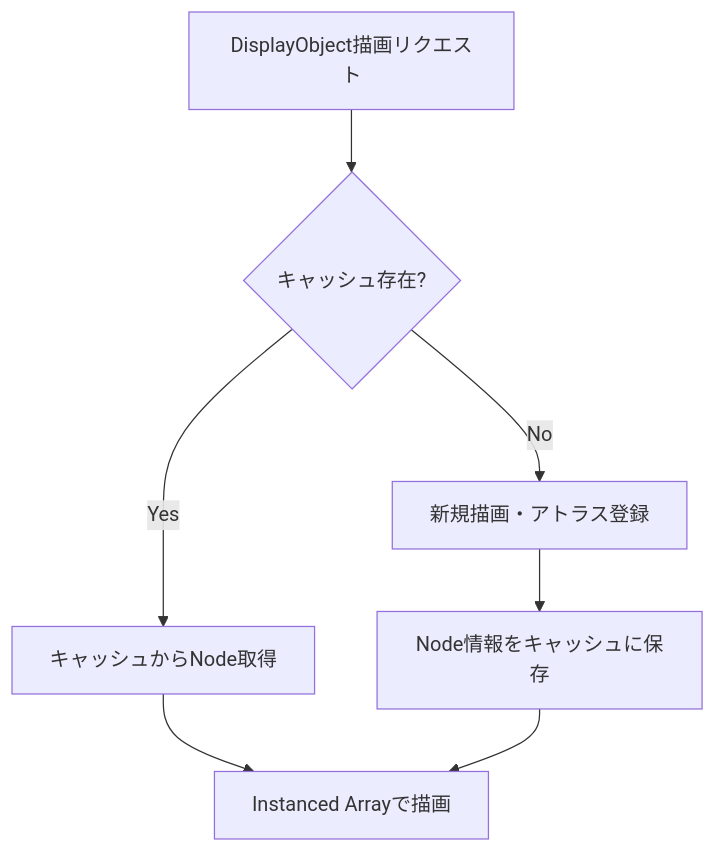
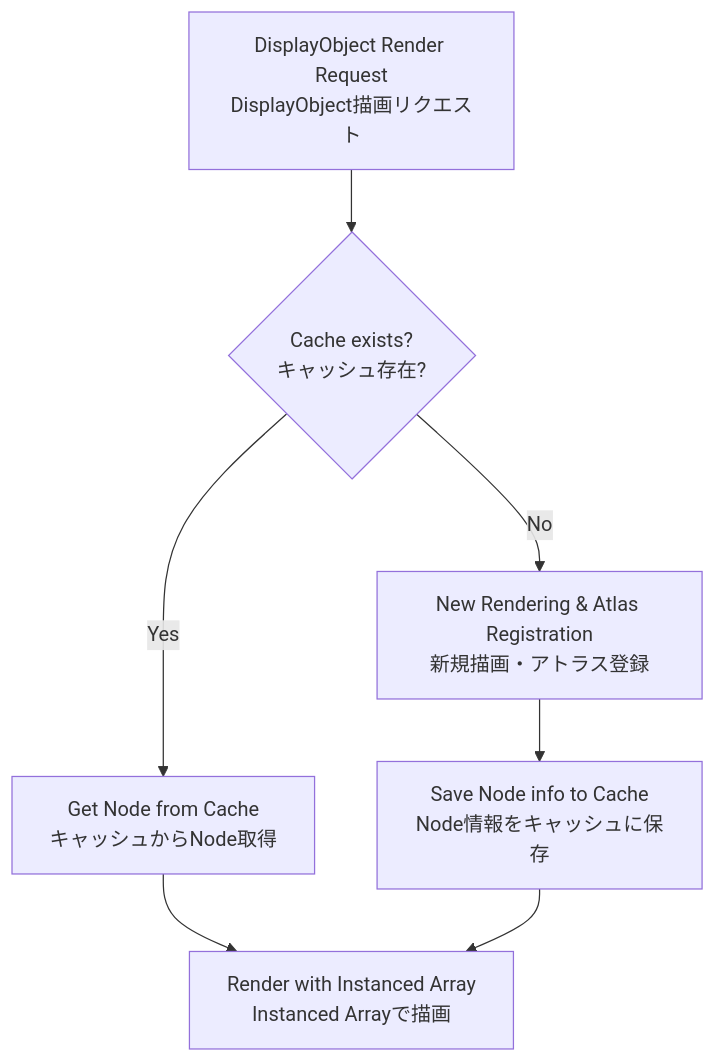
The third of 5 diagrams in packages/cache/README.md (Next2D/player), drawn with Mermaid before and after one commit. The commit also changed other lines of this file, not shown here.

````diff
--- a/packages/cache/README.md
+++ b/packages/cache/README.md
@@ -114,9 +126,9 @@
 ```mermaid
 flowchart TD
-    A[DisplayObject描画リクエスト] --> B{キャッシュ存在?}
-    B -->|Yes| C[キャッシュからNode取得]
-    B -->|No| D[新規描画・アトラス登録]
-    D --> E[Node情報をキャッシュに保存]
-    C --> G[Instanced Arrayで描画]
+    A[DisplayObject Render Request<br/>DisplayObject描画リクエスト] --> B{Cache exists?<br/>キャッシュ存在?}
+    B -->|Yes| C[Get Node from Cache<br/>キャッシュからNode取得]
+    B -->|No| D[New Rendering & Atlas Registration<br/>新規描画・アトラス登録]
+    D --> E[Save Node info to Cache<br/>Node情報をキャッシュに保存]
+    C --> G[Render with Instanced Array<br/>Instanced Arrayで描画]
     E --> G
 ```
````
